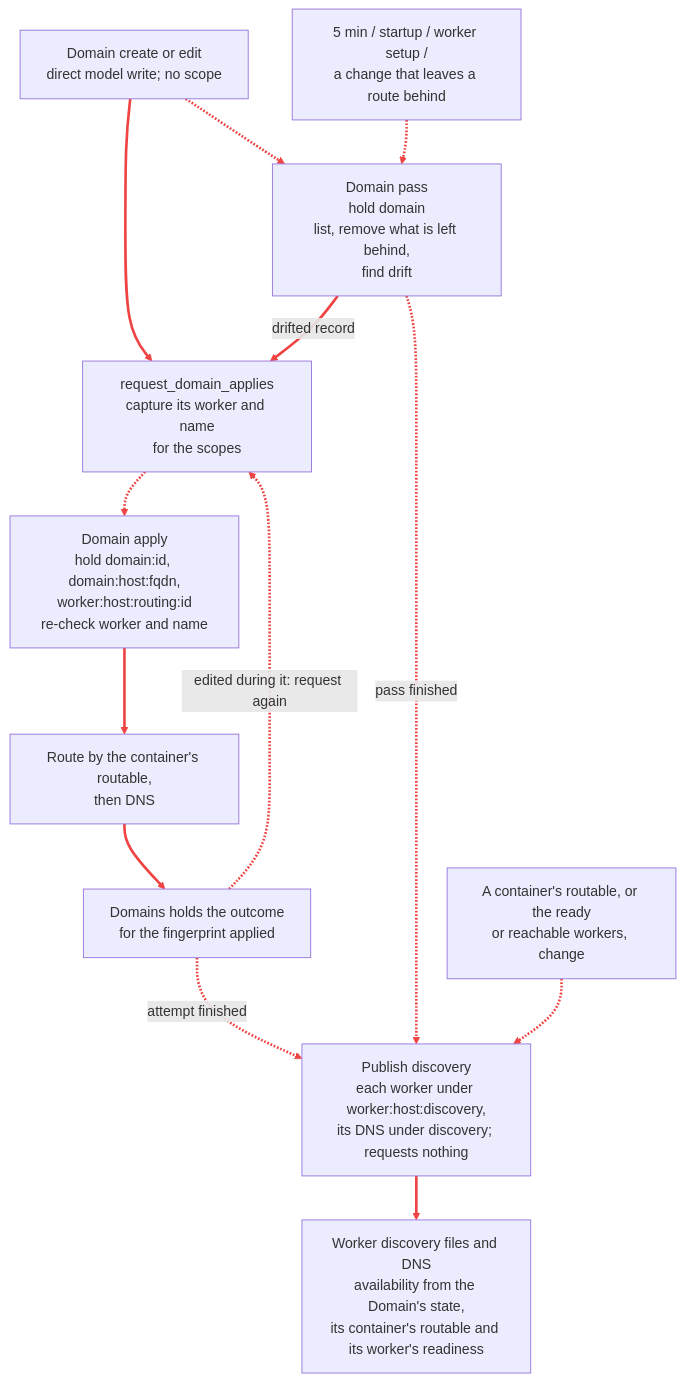
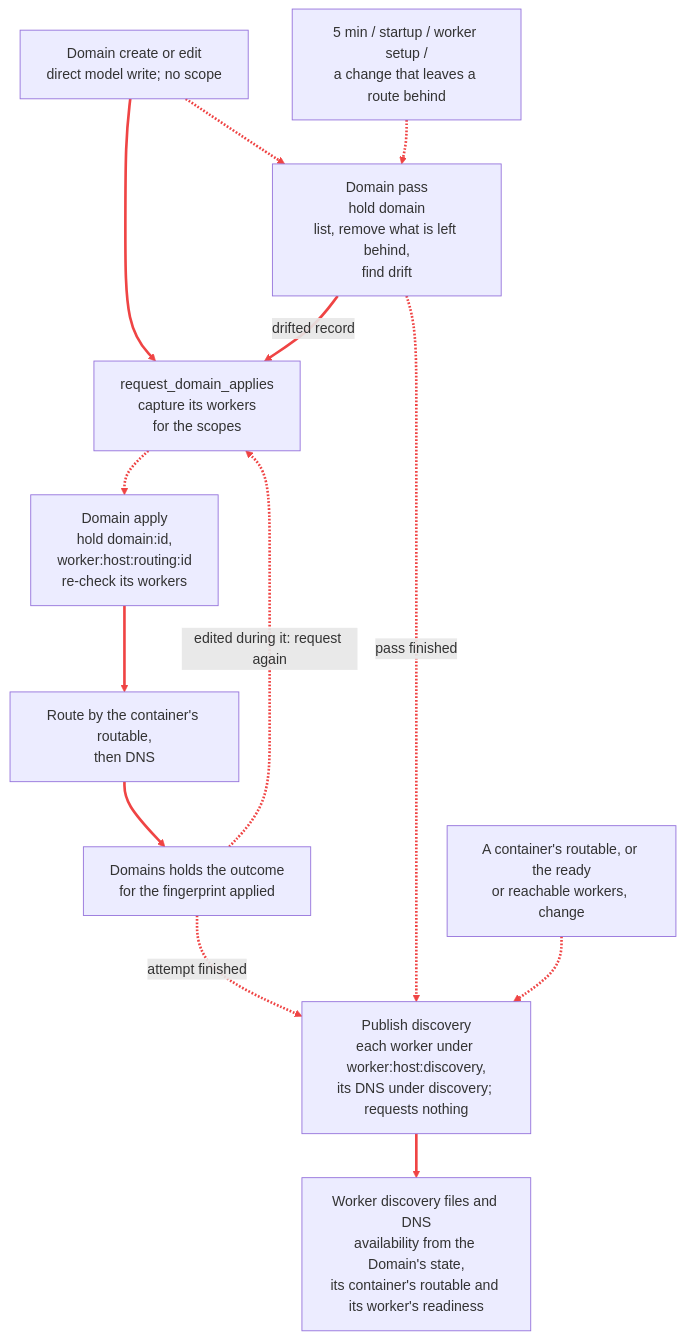
The second of 4 diagrams in docs/operations.md (v31-dev/sage), drawn with Mermaid before and after one commit. The commit also changed other lines of this file and 8 other files, not shown here.

````diff
--- a/docs/operations.md
+++ b/docs/operations.md
@@ -285,27 +284,27 @@
 ```mermaid
 %%{init: {"themeVariables": {"lineColor": "#ef4444"}, "themeCSS": ".marker { overflow: visible; } .arrowMarkerPath { stroke-width: 2px !important; } .edge-pattern-dotted { stroke-dasharray: 8 6 !important; }"}}%%
 flowchart TB
     edit["Domain create or edit<br/>direct model write; no scope"]
     trigger["5 min / startup / worker setup /<br/>a change that leaves a route behind"]
-    request["request_domain_applies<br/>capture its worker and name<br/>for the scopes"]
+    request["request_domain_applies<br/>capture its workers<br/>for the scopes"]
     parent["Domain pass<br/>hold domain<br/>list, remove what is left behind,<br/>find drift"]
-    child["Domain apply<br/>hold domain:id, domain:host:fqdn,<br/>worker:host:routing:id<br/>re-check worker and name"]
+    child["Domain apply<br/>hold domain:id,<br/>worker:host:routing:id<br/>re-check its workers"]
     apply["Route by the container's routable,<br/>then DNS"]
     result["Domains holds the outcome<br/>for the fingerprint applied"]
     facts["A container's routable, or the ready<br/>or reachable workers, change"]
     publish["Publish discovery<br/>each worker under worker:host:discovery,<br/>its DNS under discovery; requests nothing"]
     output["Worker discovery files and DNS<br/>availability from the Domain's state,<br/>its container's routable and its worker's readiness"]
 
     edit --> request
     edit -.-> parent
     trigger -.-> parent
     parent -->|"drifted record"| request
     request -.-> child
     child --> apply --> result
     result -.->|"edited during it: request again"| request
     result -.->|"attempt finished"| publish
     parent -.->|"pass finished"| publish
     facts -.-> publish
     publish --> output
     linkStyle default stroke:#ef4444,stroke-width:3px
 ```
````
